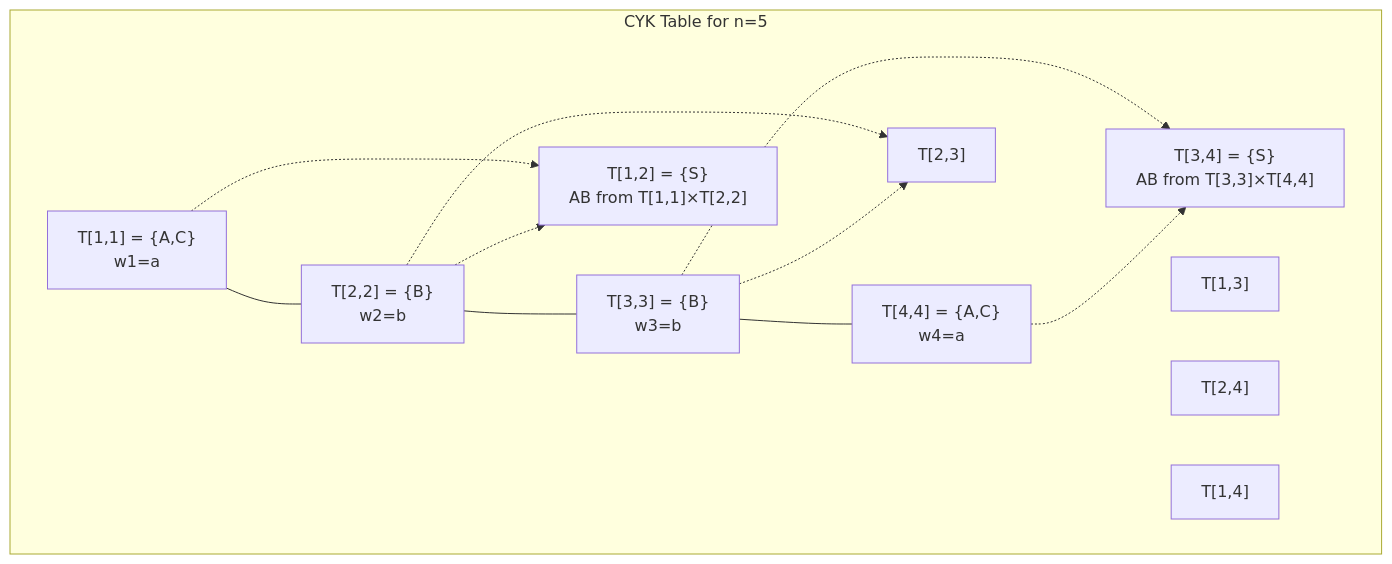
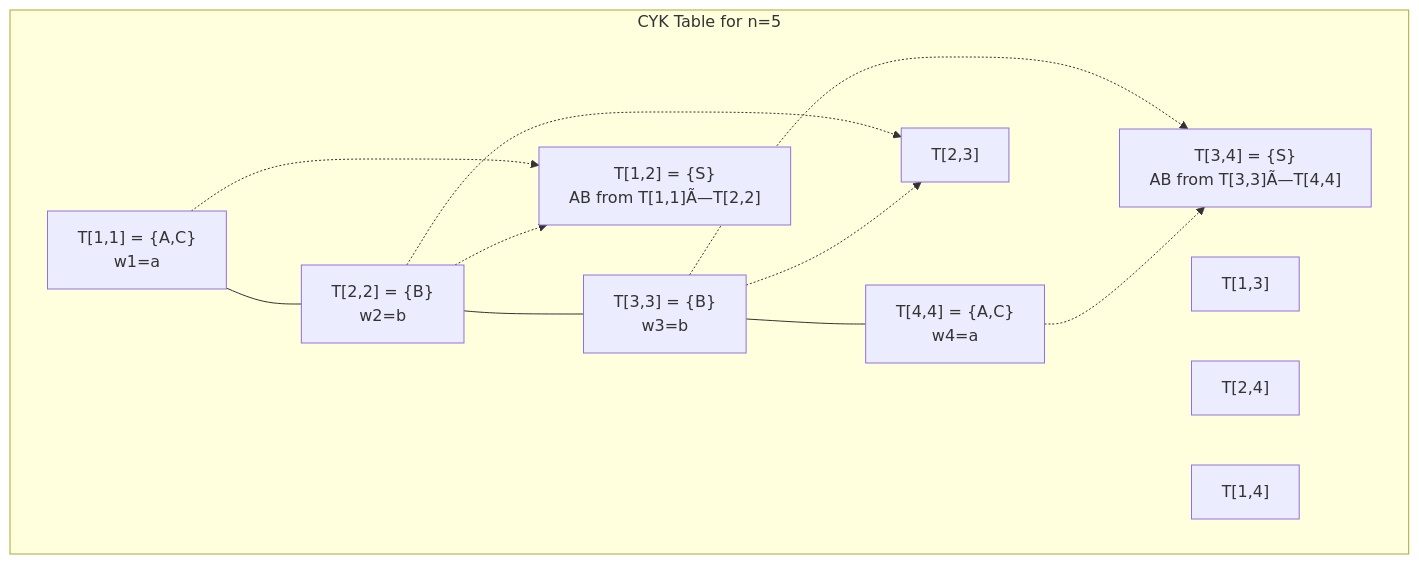
The second of 2 diagrams in docs/courses/theory-of-computation/08-cfl.md (Raushan666java/ai-engineering-journey), drawn with Mermaid before and after one commit. The commit also changed other lines of this file and 735 other files, not shown here.

````diff
--- a/docs/courses/theory-of-computation/08-cfl.md
+++ b/docs/courses/theory-of-computation/08-cfl.md
@@ -760,24 +760,24 @@
 ```mermaid
 graph TD
     subgraph "CYK Table for n=5"
         T11["T[1,1] = {A,C}<br/>w1=a"] --- T22["T[2,2] = {B}<br/>w2=b"]
         T22 --- T33["T[3,3] = {B}<br/>w3=b"]
         T33 --- T44["T[4,4] = {A,C}<br/>w4=a"]
         
-        T12["T[1,2] = {S}<br/>AB from T[1,1]×T[2,2]"]
+        T12["T[1,2] = {S}<br/>AB from T[1,1]Ã—T[2,2]"]
         T23["T[2,3]"]
-        T34["T[3,4] = {S}<br/>AB from T[3,3]×T[4,4]"]
+        T34["T[3,4] = {S}<br/>AB from T[3,3]Ã—T[4,4]"]
         
         T13["T[1,3]"]
         T24["T[2,4]"]
         
         T14["T[1,4]"]
         
         T11 -.-> T12
         T22 -.-> T12
         T22 -.-> T23
         T33 -.-> T23
         T33 -.-> T34
         T44 -.-> T34
     end
 ```
````
